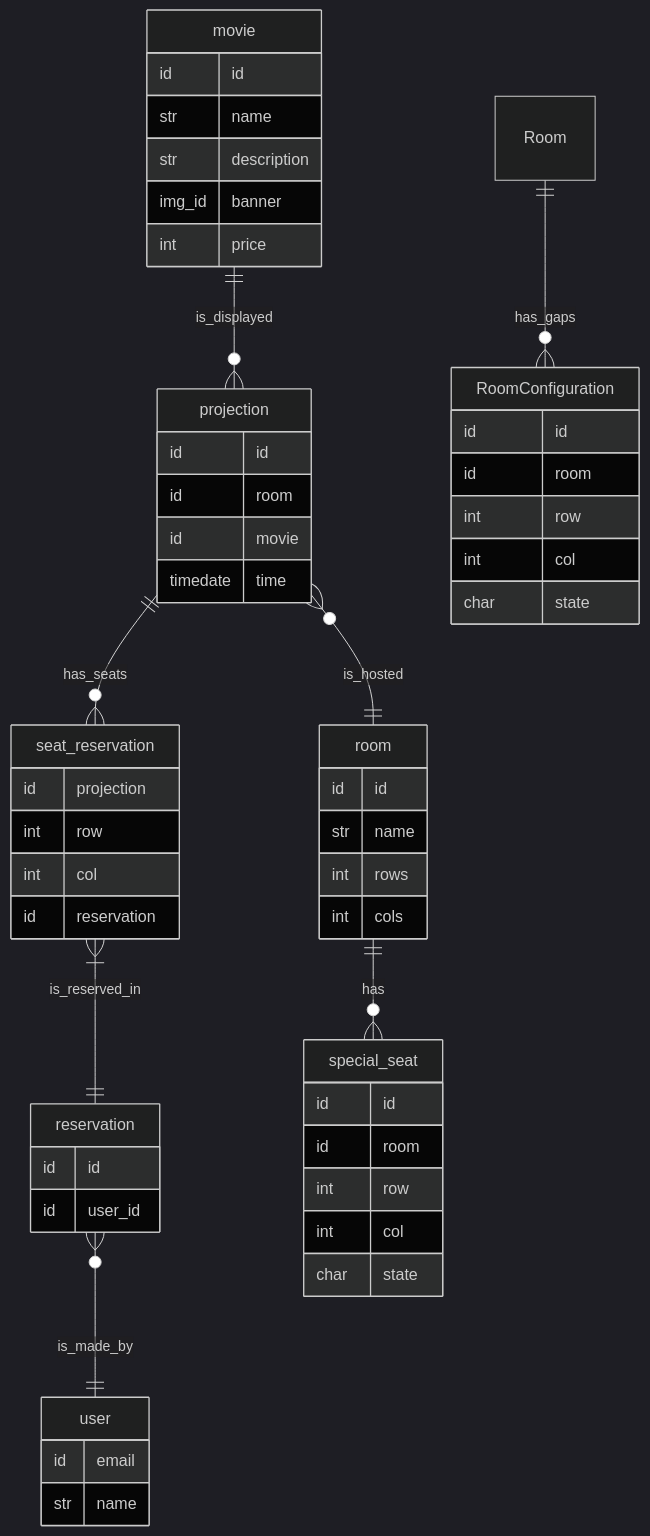
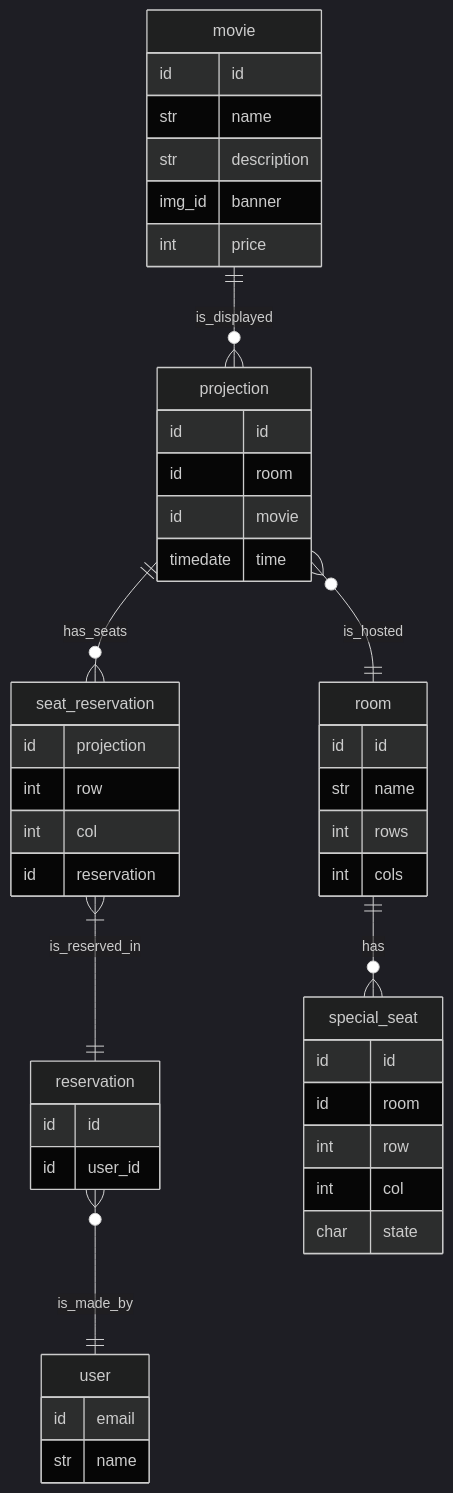
One commit to jkutkutOrg/Android-CineHub changed the diagram in docs/database_model.md. Above: the diagram before and after it, drawn with Mermaid (dark theme).

Commit message:
merge bug fixed

````diff
--- a/docs/database_model.md
+++ b/docs/database_model.md
@@ -1,71 +1,61 @@
 ```mermaid
 erDiagram
     movie {
         id id
         str name
         str description
         img_id banner
         int price
     }
 
     room {
         id id
         str name
         int rows
         int cols
     }
 
     projection {
         id id
         id room
         id movie
         timedate time
     }
 
     movie ||--o{ projection : is_displayed
     projection }o--|| room : is_hosted
 
     seat_reservation {
         id projection
         int row
         int col
         id reservation
     }
 
     projection ||--o{ seat_reservation : has_seats
 
     reservation {
         id id
         id user_id
     }
 
     seat_reservation }|--|| reservation : is_reserved_in
 
     user {
         id email
         str name
     }
 
     reservation }o--|| user : is_made_by
 
     special_seat {
       id id
       id room
       int row
       int col
       char state
     }
 
     room ||--o{ special_seat : has
 
-    RoomConfiguration {
-      id id
-      id room
-      int row
-      int col
-      char state
-    }
-
-    Room ||--o{ RoomConfiguration : has_gaps
-
 ```
````
